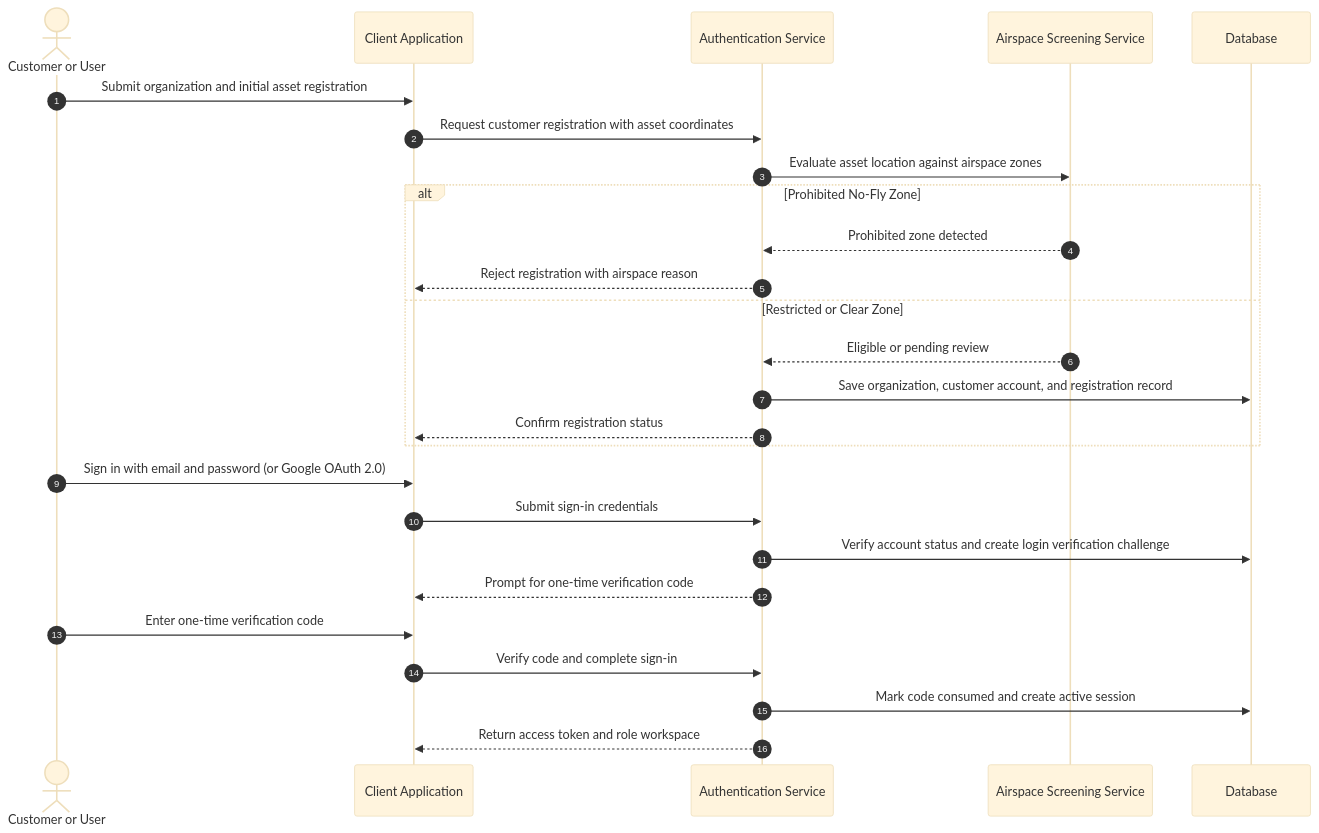
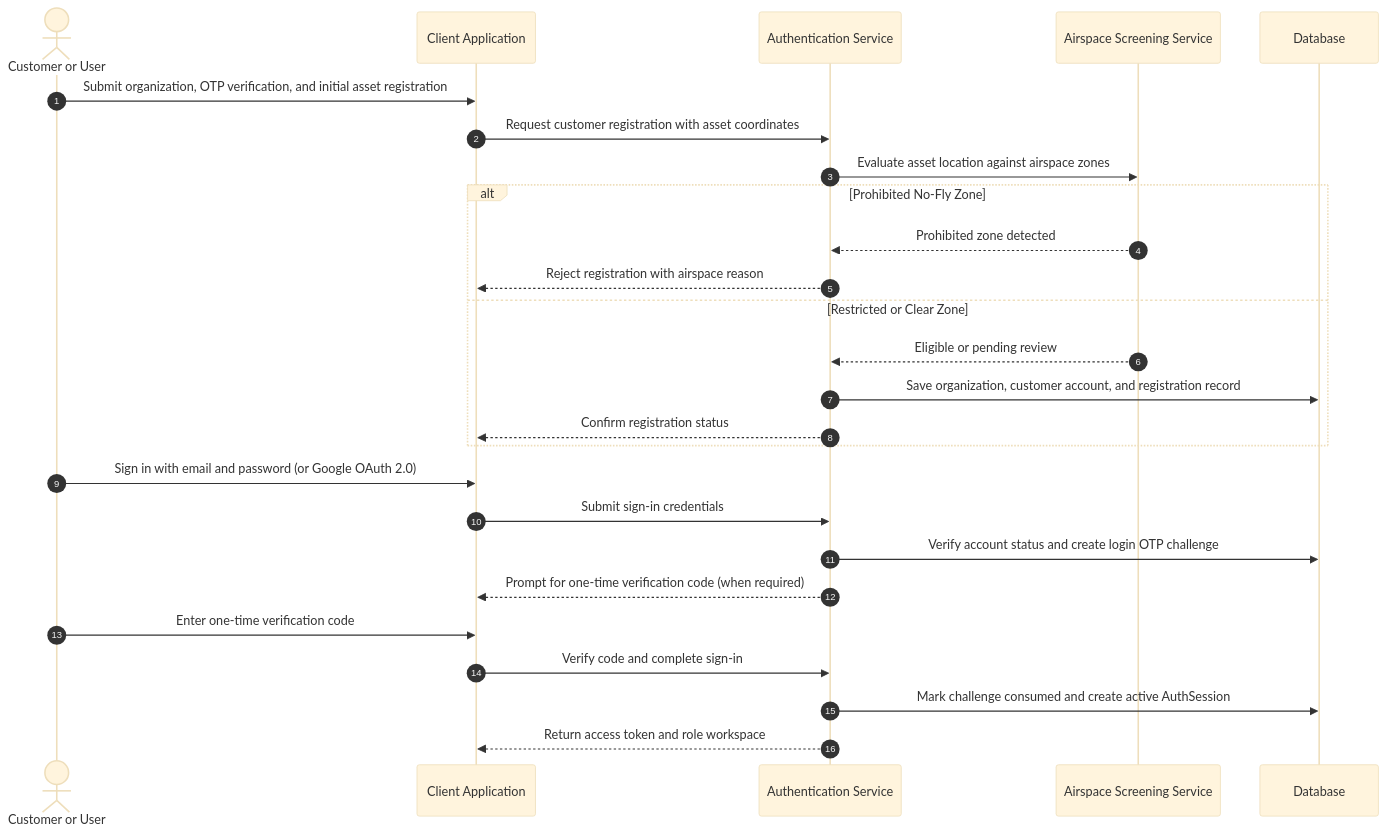
Before and after one commit to tungbach12/SmartDroneInspection-Docs: the second of 23 diagrams in reports/report-4-software-design-document/03-detailed-design.md, drawn with Mermaid (base theme). The commit also changed other lines of this file and 101 other files, not shown here.

````diff
--- a/reports/report-4-software-design-document/03-detailed-design.md
+++ b/reports/report-4-software-design-document/03-detailed-design.md
@@ -88,31 +98,31 @@
 ```mermaid
 %% title: FE-01 Customer Registration and User Sign-In Sequence Diagram
 sequenceDiagram
   autonumber
   actor User as Customer or User
   participant App as Client Application
   participant Auth as Authentication Service
   participant Airspace as Airspace Screening Service
   participant DB as Database
 
-  User->>App: Submit organization and initial asset registration
+  User->>App: Submit organization, OTP verification, and initial asset registration
   App->>Auth: Request customer registration with asset coordinates
   Auth->>Airspace: Evaluate asset location against airspace zones
   alt Prohibited No-Fly Zone
     Airspace-->>Auth: Prohibited zone detected
     Auth-->>App: Reject registration with airspace reason
   else Restricted or Clear Zone
     Airspace-->>Auth: Eligible or pending review
     Auth->>DB: Save organization, customer account, and registration record
     Auth-->>App: Confirm registration status
   end
 
   User->>App: Sign in with email and password (or Google OAuth 2.0)
   App->>Auth: Submit sign-in credentials
-  Auth->>DB: Verify account status and create login verification challenge
-  Auth-->>App: Prompt for one-time verification code
+  Auth->>DB: Verify account status and create login OTP challenge
+  Auth-->>App: Prompt for one-time verification code (when required)
   User->>App: Enter one-time verification code
   App->>Auth: Verify code and complete sign-in
-  Auth->>DB: Mark code consumed and create active session
+  Auth->>DB: Mark challenge consumed and create active AuthSession
   Auth-->>App: Return access token and role workspace
 ```
````
